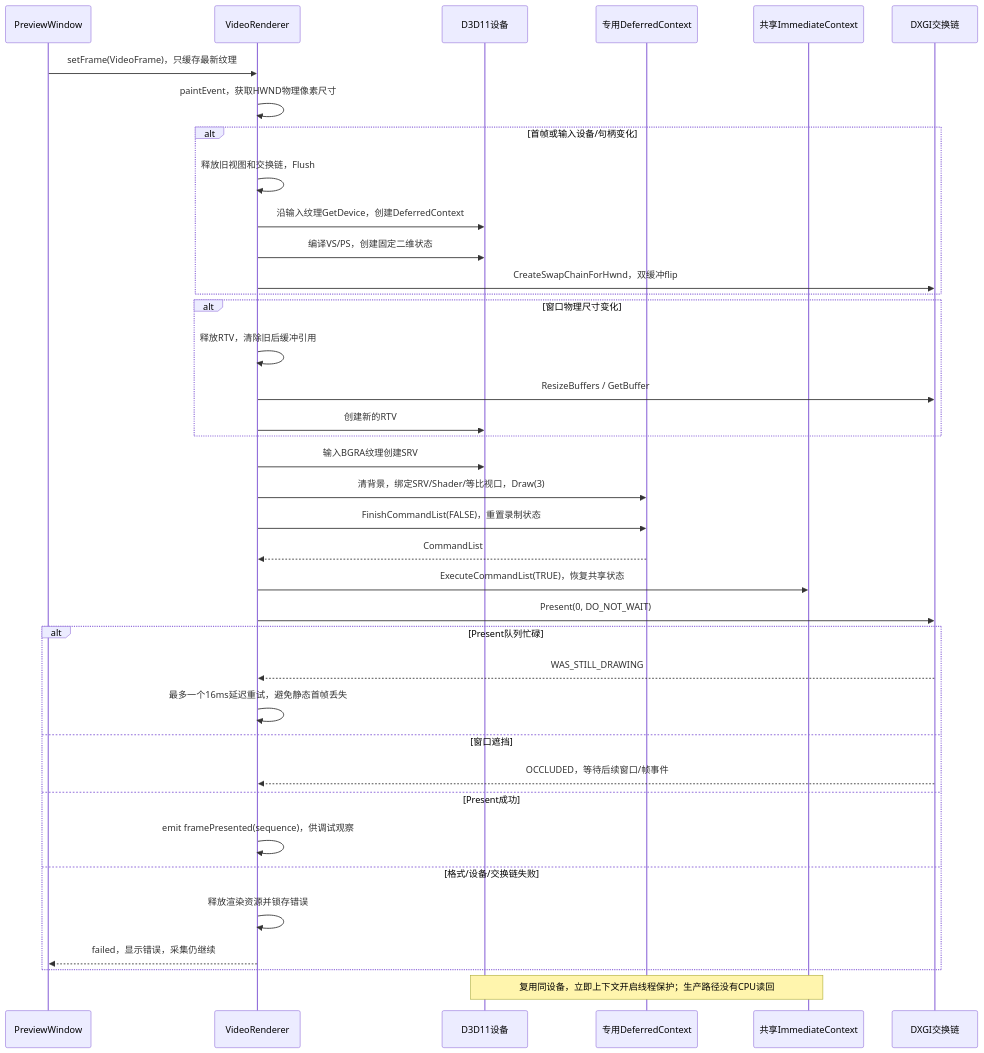
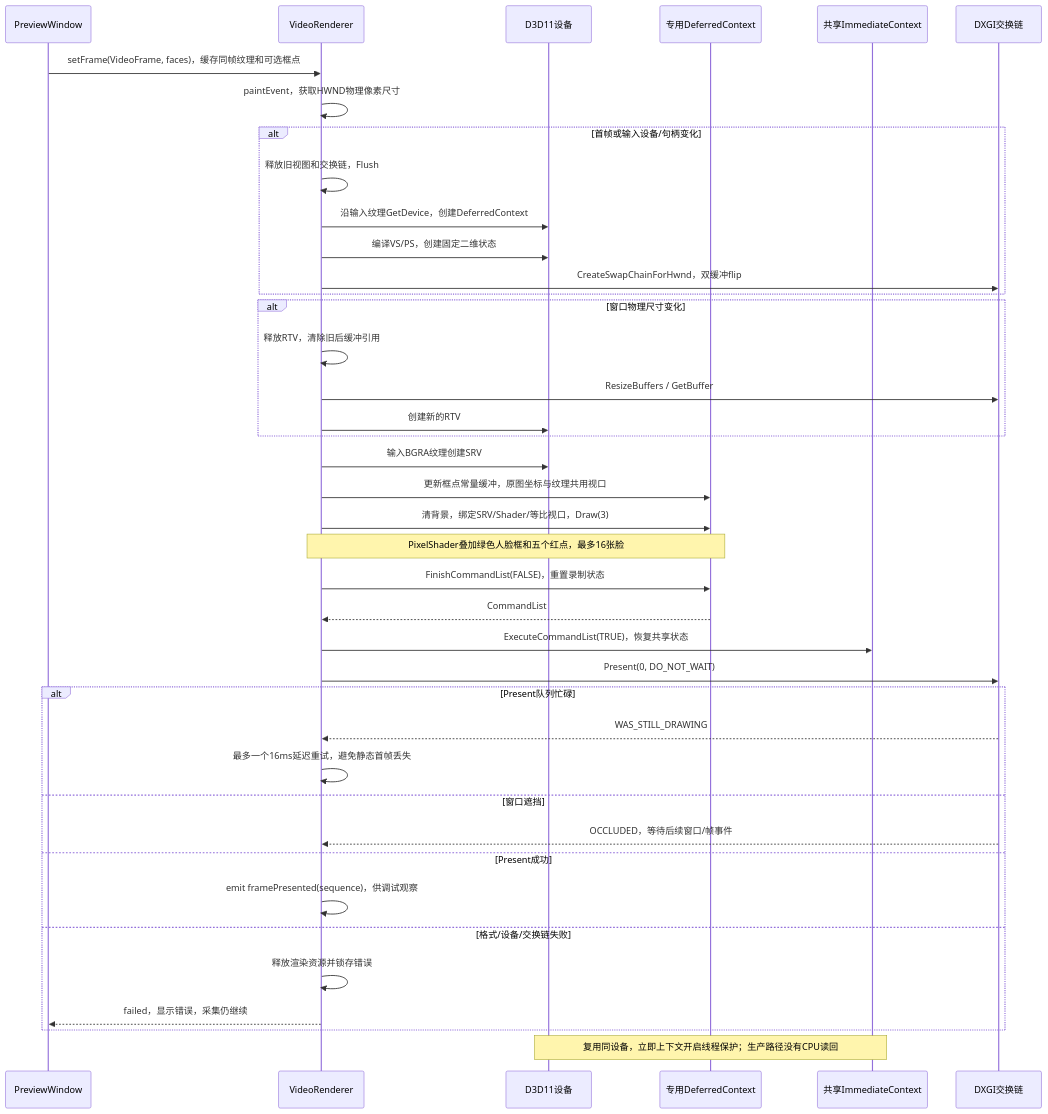
One commit to kingsman-svg/OBS changed the diagram in docs/uml/gpu-preview.mmd. Above: the diagram before and after it, drawn with Mermaid. The commit also changed 36 other files, not shown here.

```diff
--- a/docs/uml/gpu-preview.mmd
+++ b/docs/uml/gpu-preview.mmd
@@ -1,38 +1,40 @@
 sequenceDiagram
 participant P as PreviewWindow
 participant R as VideoRenderer
 participant D as D3D11设备
 participant C as 专用DeferredContext
 participant I as 共享ImmediateContext
 participant S as DXGI交换链
-P->>R: setFrame(VideoFrame)，只缓存最新纹理
+P->>R: setFrame(VideoFrame, faces)，缓存同帧纹理和可选框点
 R->>R: paintEvent，获取HWND物理像素尺寸
 alt 首帧或输入设备/句柄变化
 R->>R: 释放旧视图和交换链，Flush
 R->>D: 沿输入纹理GetDevice，创建DeferredContext
 R->>D: 编译VS/PS，创建固定二维状态
 R->>S: CreateSwapChainForHwnd，双缓冲flip
 end
 alt 窗口物理尺寸变化
 R->>R: 释放RTV，清除旧后缓冲引用
 R->>S: ResizeBuffers / GetBuffer
 R->>D: 创建新的RTV
 end
 R->>D: 输入BGRA纹理创建SRV
+R->>C: 更新框点常量缓冲，原图坐标与纹理共用视口
 R->>C: 清背景，绑定SRV/Shader/等比视口，Draw(3)
+Note over R,C: PixelShader叠加绿色人脸框和五个红点，最多16张脸
 R->>C: FinishCommandList(FALSE)，重置录制状态
 C-->>R: CommandList
 R->>I: ExecuteCommandList(TRUE)，恢复共享状态
 R->>S: Present(0, DO_NOT_WAIT)
 alt Present队列忙碌
 S-->>R: WAS_STILL_DRAWING
 R->>R: 最多一个16ms延迟重试，避免静态首帧丢失
 else 窗口遮挡
 S-->>R: OCCLUDED，等待后续窗口/帧事件
 else Present成功
 R->>R: emit framePresented(sequence)，供调试观察
 else 格式/设备/交换链失败
 R->>R: 释放渲染资源并锁存错误
 R-->>P: failed，显示错误，采集仍继续
 end
 Note over D,I: 复用同设备，立即上下文开启线程保护；生产路径没有CPU读回
```
